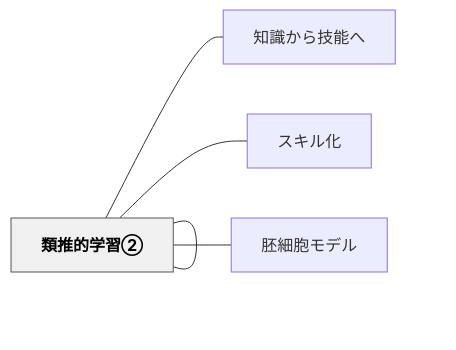
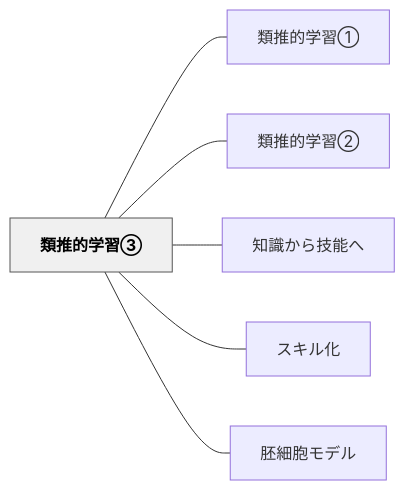
Before and after one commit to unknownthings-ed-patterns/unknownthings-ed-patterns: the diagram in content/パタン/類推的学習③.md, drawn with Mermaid. The commit also changed 527 other files, not shown here.

````diff
--- a/content/パタン/類推的学習③.md
+++ b/content/パタン/類推的学習③.md
@@ -72,18 +72,18 @@
 ```mermaid
 flowchart LR
-    ne9a19ee68ea8["類推的学習③"]
-    ne9a19ee68ea8["類推的学習①"]
-    ne9a19ee68ea8["類推的学習②"]
-    ne79fa5e8ad98["知識から技能へ"]
-    ne382b9e382ad["スキル化"]
-    ne8839ae7b4b0["胚細胞モデル"]
+    ne9a19ee68ea8e79a84e5ada6e7bf92e291a2["類推的学習③"]
+    ne9a19ee68ea8e79a84e5ada6e7bf92e291a0["類推的学習①"]
+    ne9a19ee68ea8e79a84e5ada6e7bf92e291a1["類推的学習②"]
+    ne79fa5e8ad98e3818be38289e68a80e883bde381b8["知識から技能へ"]
+    ne382b9e382ade383abe58c96["スキル化"]
+    ne8839ae7b4b0e8839ee383a2e38387e383ab["胚細胞モデル"]
 
-    ne9a19ee68ea8 --- ne9a19ee68ea8
-    ne9a19ee68ea8 --- ne9a19ee68ea8
-    ne9a19ee68ea8 --- ne79fa5e8ad98
-    ne9a19ee68ea8 --- ne382b9e382ad
-    ne9a19ee68ea8 --- ne8839ae7b4b0
+    ne9a19ee68ea8e79a84e5ada6e7bf92e291a2 --- ne9a19ee68ea8e79a84e5ada6e7bf92e291a0
+    ne9a19ee68ea8e79a84e5ada6e7bf92e291a2 --- ne9a19ee68ea8e79a84e5ada6e7bf92e291a1
+    ne9a19ee68ea8e79a84e5ada6e7bf92e291a2 --- ne79fa5e8ad98e3818be38289e68a80e883bde381b8
+    ne9a19ee68ea8e79a84e5ada6e7bf92e291a2 --- ne382b9e382ade383abe58c96
+    ne9a19ee68ea8e79a84e5ada6e7bf92e291a2 --- ne8839ae7b4b0e8839ee383a2e38387e383ab
 
     classDef hub fill:#f0f0f0,stroke:#555,color:#000,font-weight:bold
-    class ne9a19ee68ea8 hub
+    class ne9a19ee68ea8e79a84e5ada6e7bf92e291a2 hub
 ```
````
